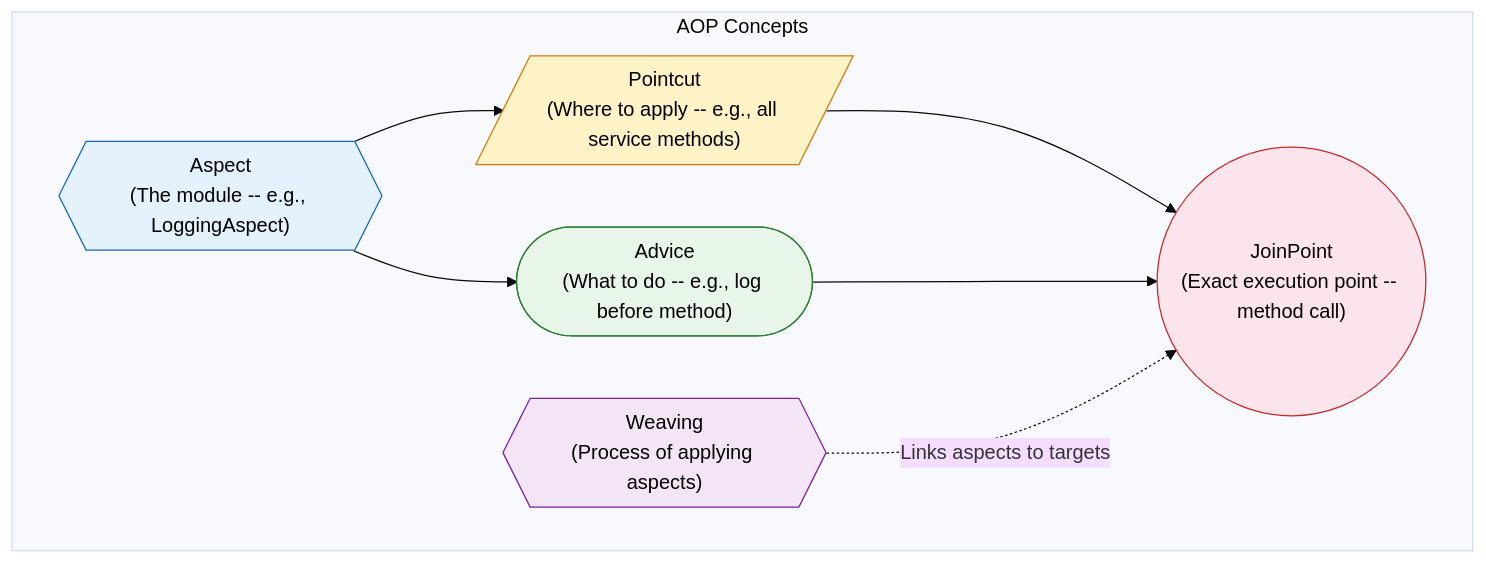
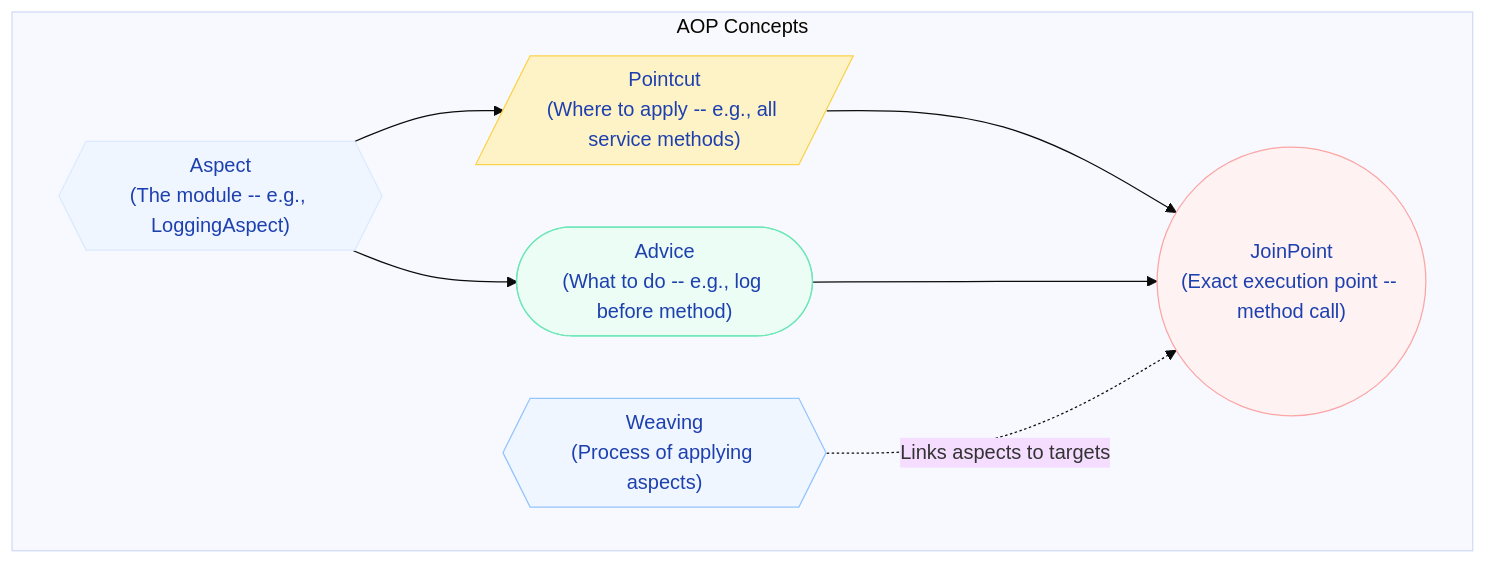
Before and after one commit to saivamsikaruturi/vamsilabs-dev-notes-main: the second of 6 diagrams in docs/springboot/aop.md, drawn with Mermaid (base theme). The commit also changed other lines of this file and 220 other files, not shown here.

First line of the commit message:
Add 50+ new Java/Spring Boot pages, rewrite CSS code blocks to Oracle style, fix all diagram colors

````diff
--- a/docs/springboot/aop.md
+++ b/docs/springboot/aop.md
@@ -74,23 +74,23 @@
 ```mermaid
 flowchart LR
     subgraph AOP["AOP Concepts"]
         direction LR
         Aspect{{"Aspect<br/>(The module -- e.g., LoggingAspect)"}}
         Advice(["Advice<br/>(What to do -- e.g., log before method)"])
         Pointcut[/"Pointcut<br/>(Where to apply -- e.g., all service methods)"/]
         JoinPoint(("JoinPoint<br/>(Exact execution point -- method call)"))
         Weaving{{"Weaving<br/>(Process of applying aspects)"}}
     end
 
     Aspect --> Advice
     Aspect --> Pointcut
     Pointcut --> JoinPoint
     Advice --> JoinPoint
     Weaving -.->|"Links aspects to targets"| JoinPoint
 
-    style Aspect fill:#E3F2FD,stroke:#1565C0,color:#000
-    style Advice fill:#E8F5E9,stroke:#2E7D32,color:#000
-    style Pointcut fill:#FEF3C7,stroke:#D97706,color:#000
-    style JoinPoint fill:#FCE4EC,stroke:#C62828,color:#000
-    style Weaving fill:#F3E5F5,stroke:#7B1FA2,color:#000
+    style Aspect fill:#EFF6FF,stroke:#DBEAFE,color:#1E40AF
+    style Advice fill:#ECFDF5,stroke:#6EE7B7,color:#1E40AF
+    style Pointcut fill:#FEF3C7,stroke:#FCD34D,color:#1E40AF
+    style JoinPoint fill:#FEF2F2,stroke:#FCA5A5,color:#1E40AF
+    style Weaving fill:#EFF6FF,stroke:#93C5FD,color:#1E40AF
 ```
````
